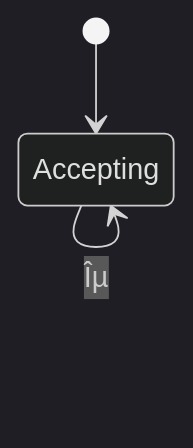
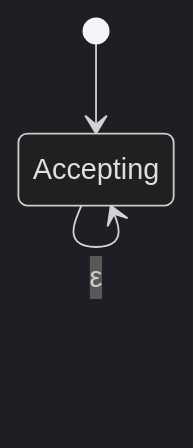
Before and after one commit to manishkumar8312/CS-Fundamentals: the fourth of 8 diagrams in Theory Of Computation/Ch02 - Finite Automata.md, drawn with Mermaid (dark theme). The commit also changed other lines of this file, not shown here.

````diff
--- a/Theory Of Computation/Ch02 - Finite Automata.md
+++ b/Theory Of Computation/Ch02 - Finite Automata.md
@@ -121,7 +121,7 @@
 ```mermaid
 stateDiagram-v2
     [*] --> q0
     q0 --> q0 : a
     q0 : Accepting
-    q0 --> q0 : Îµ
+    q0 --> q0 : ε
 ```
````
